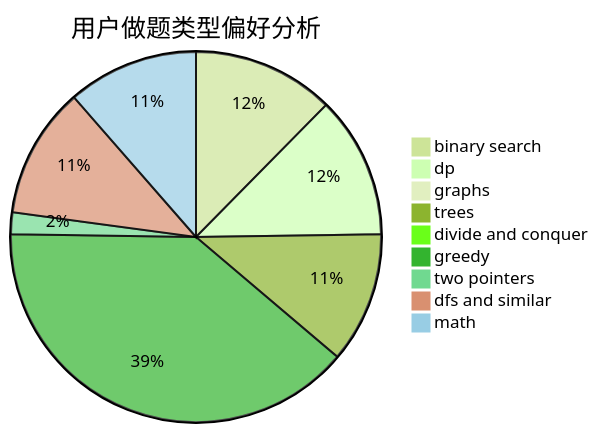
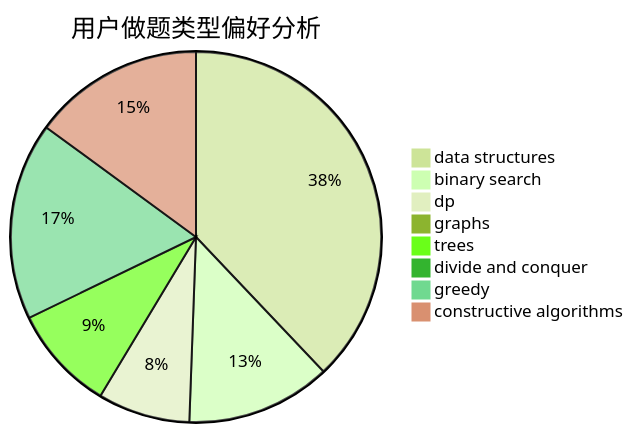
The second of 3 diagrams in docs/user/u1553.md (sherpahu/cfrs.github.io), drawn with Mermaid (forest theme) before and after one commit. The commit also changed other lines of this file and 2775 other files, not shown here.

````diff
--- a/docs/user/u1553.md
+++ b/docs/user/u1553.md
@@ -23,12 +23,11 @@
 ```mermaid
 pie title 用户做题类型偏好分析
-    "binary search" :  13
-    "dp" :  13
+    "data structures" :  33
+    "binary search" :  11
+    "dp" :  7
     "graphs" :  0
-    "trees" :  12
+    "trees" :  8
     "divide and conquer" :  0
-    "greedy" :  41
-    "two pointers" :  2
-    "dfs and similar" :  12
-    "math" :  12
+    "greedy" :  15
+    "constructive algorithms" :  13
 ```
````
